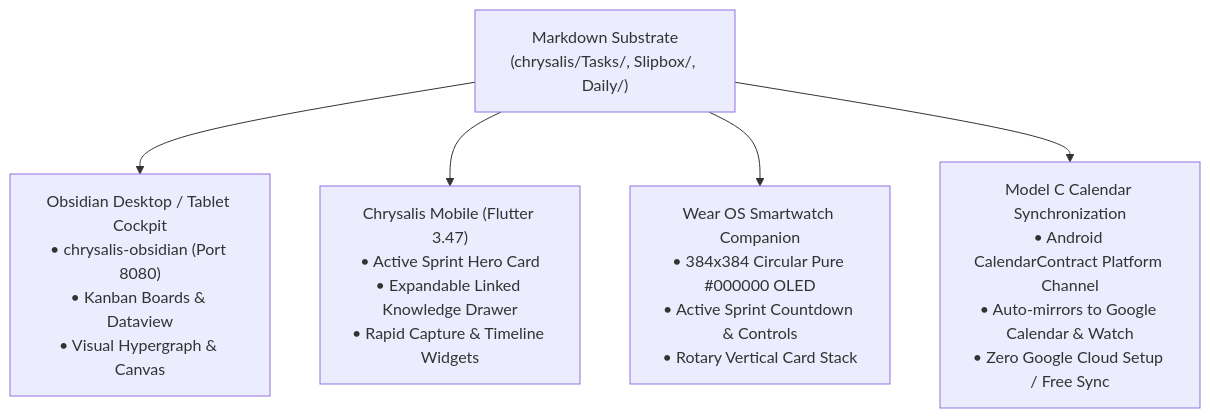
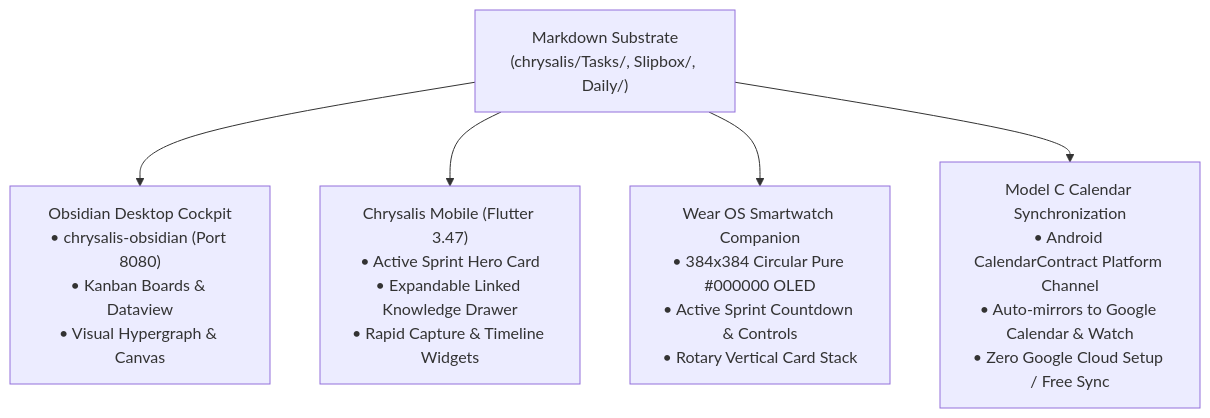
The third of 3 diagrams in README.md (tama-gucci/chrysalis), drawn with Mermaid before and after one commit. The commit also changed other lines of this file and 2 other files, not shown here.

Commit message:
docs: overhaul READMEs with development timeline, progress bars, and accurate toolchain caveats

````diff
--- a/README.md
+++ b/README.md
@@ -226,10 +259,10 @@
 ```mermaid
 flowchart TD
-    Substrate["Markdown Substrate<br/>(chrysalis/Tasks/, Slipbox/, Daily/)"] --> ObsidianUI["Obsidian Desktop / Tablet Cockpit<br/>• chrysalis-obsidian (Port 8080)<br/>• Kanban Boards & Dataview<br/>• Visual Hypergraph & Canvas"]
+    Substrate["Markdown Substrate<br/>(chrysalis/Tasks/, Slipbox/, Daily/)"] --> ObsidianUI["Obsidian Desktop Cockpit<br/>• chrysalis-obsidian (Port 8080)<br/>• Kanban Boards & Dataview<br/>• Visual Hypergraph & Canvas"]
     
     Substrate --> MobileUI["Chrysalis Mobile (Flutter 3.47)<br/>• Active Sprint Hero Card<br/>• Expandable Linked Knowledge Drawer<br/>• Rapid Capture & Timeline Widgets"]
     
     Substrate --> WatchUI["Wear OS Smartwatch Companion<br/>• 384x384 Circular Pure #000000 OLED<br/>• Active Sprint Countdown & Controls<br/>• Rotary Vertical Card Stack"]
     
     Substrate --> CalendarSync["Model C Calendar Synchronization<br/>• Android CalendarContract Platform Channel<br/>• Auto-mirrors to Google Calendar & Watch<br/>• Zero Google Cloud Setup / Free Sync"]
 ```
````
